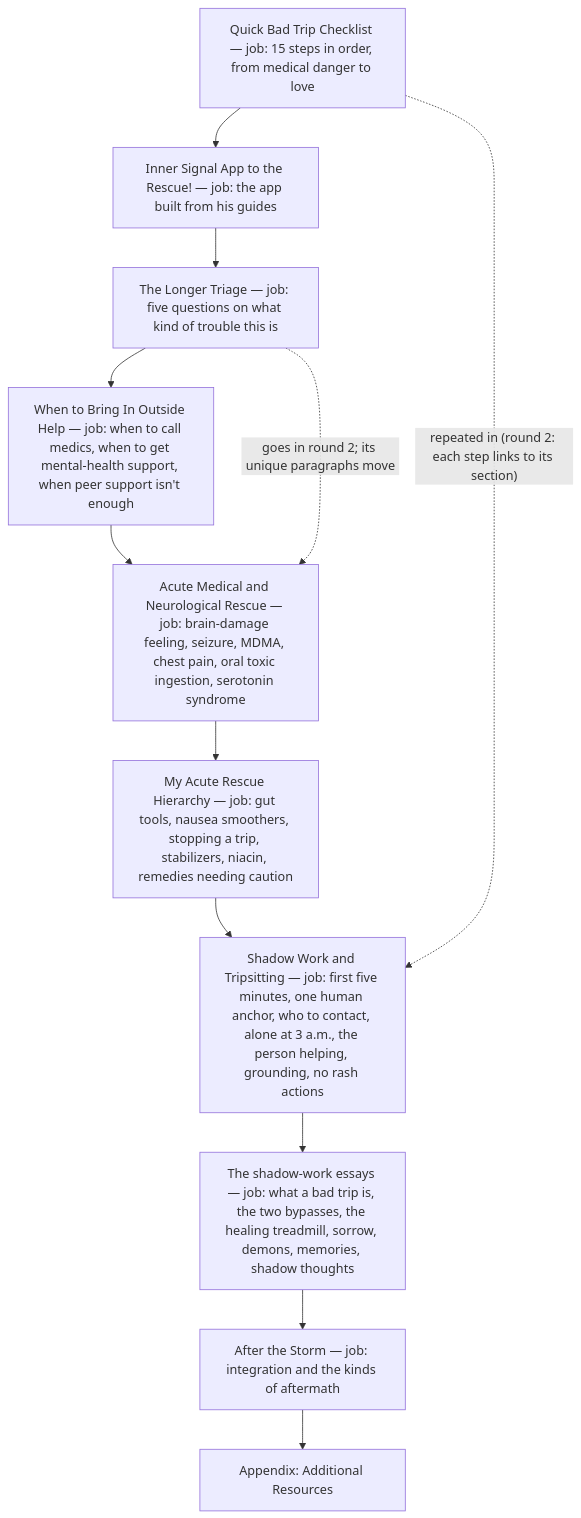
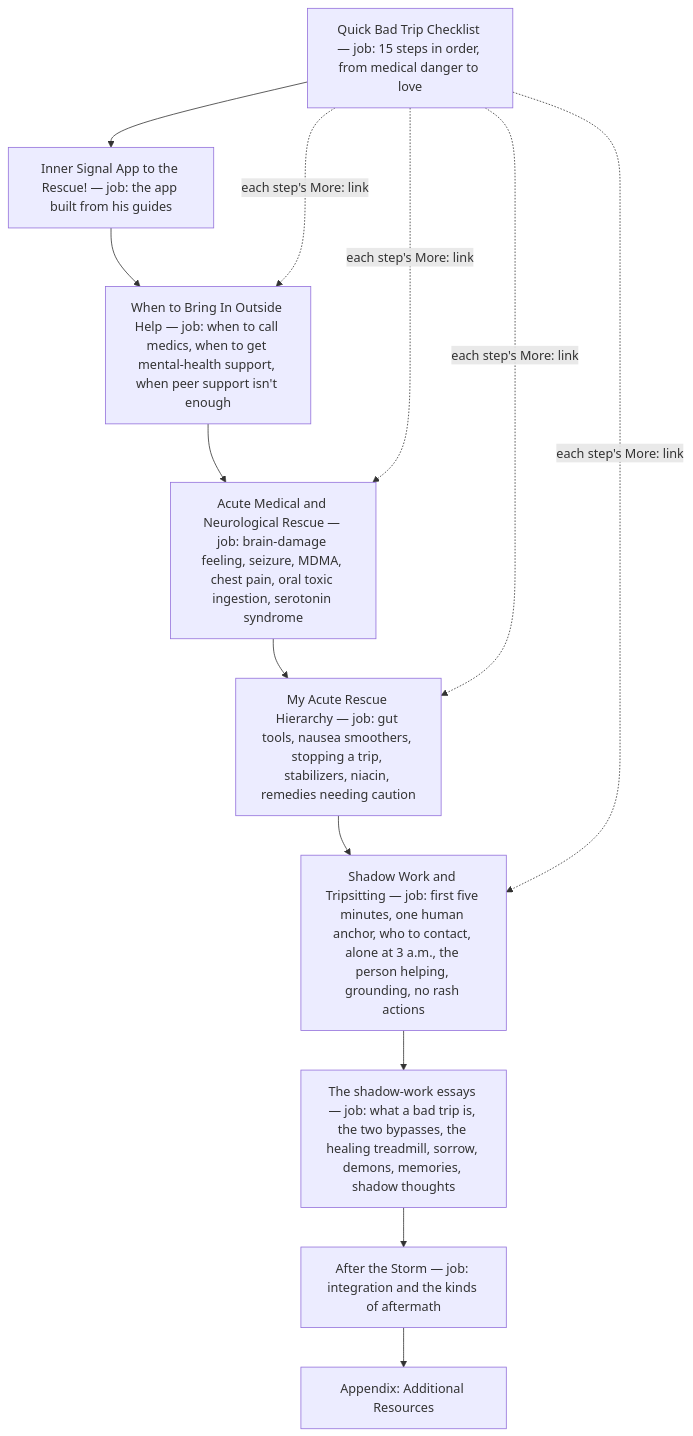
Before and after one commit to u-dont-existDOTcom/joel-articles: the first of 2 diagrams in articles/bad-trips/ARCHITECTURE.md, drawn with Mermaid. The commit also changed other lines of this file and 24 other files, not shown here.

First line of the commit message:
Bad Trips guide: round 2's answers in (all 26 approved; 13,808 to 12,691 words), the humanize pass's first step (the standard swap, its fidelity keys), the keep-as-is list; post_embeds.py sees the editor HTML's videos

````diff
--- a/articles/bad-trips/ARCHITECTURE.md
+++ b/articles/bad-trips/ARCHITECTURE.md
@@ -18,16 +18,17 @@
 ```mermaid
 flowchart TD
     check["Quick Bad Trip Checklist — job: 15 steps in order, from medical danger to love"]
     app["Inner Signal App to the Rescue! — job: the app built from his guides"]
-    triage["The Longer Triage — job: five questions on what kind of trouble this is"]
     help["When to Bring In Outside Help — job: when to call medics, when to get mental-health support, when peer support isn't enough"]
     acute["Acute Medical and Neurological Rescue — job: brain-damage feeling, seizure, MDMA, chest pain, oral toxic ingestion, serotonin syndrome"]
     remedies["My Acute Rescue Hierarchy — job: gut tools, nausea smoothers, stopping a trip, stabilizers, niacin, remedies needing caution"]
     sit["Shadow Work and Tripsitting — job: first five minutes, one human anchor, who to contact, alone at 3 a.m., the person helping, grounding, no rash actions"]
     essays["The shadow-work essays — job: what a bad trip is, the two bypasses, the healing treadmill, sorrow, demons, memories, shadow thoughts"]
     after["After the Storm — job: integration and the kinds of aftermath"]
     res["Appendix: Additional Resources"]
-    check --> app --> triage --> help --> acute --> remedies --> sit --> essays --> after --> res
-    check -. "repeated in (round 2: each step links to its section)" .-> sit
-    triage -. "goes in round 2; its unique paragraphs move" .-> acute
+    check --> app --> help --> acute --> remedies --> sit --> essays --> after --> res
+    check -. "each step's More: link" .-> help
+    check -. "each step's More: link" .-> acute
+    check -. "each step's More: link" .-> remedies
+    check -. "each step's More: link" .-> sit
 ```
````
